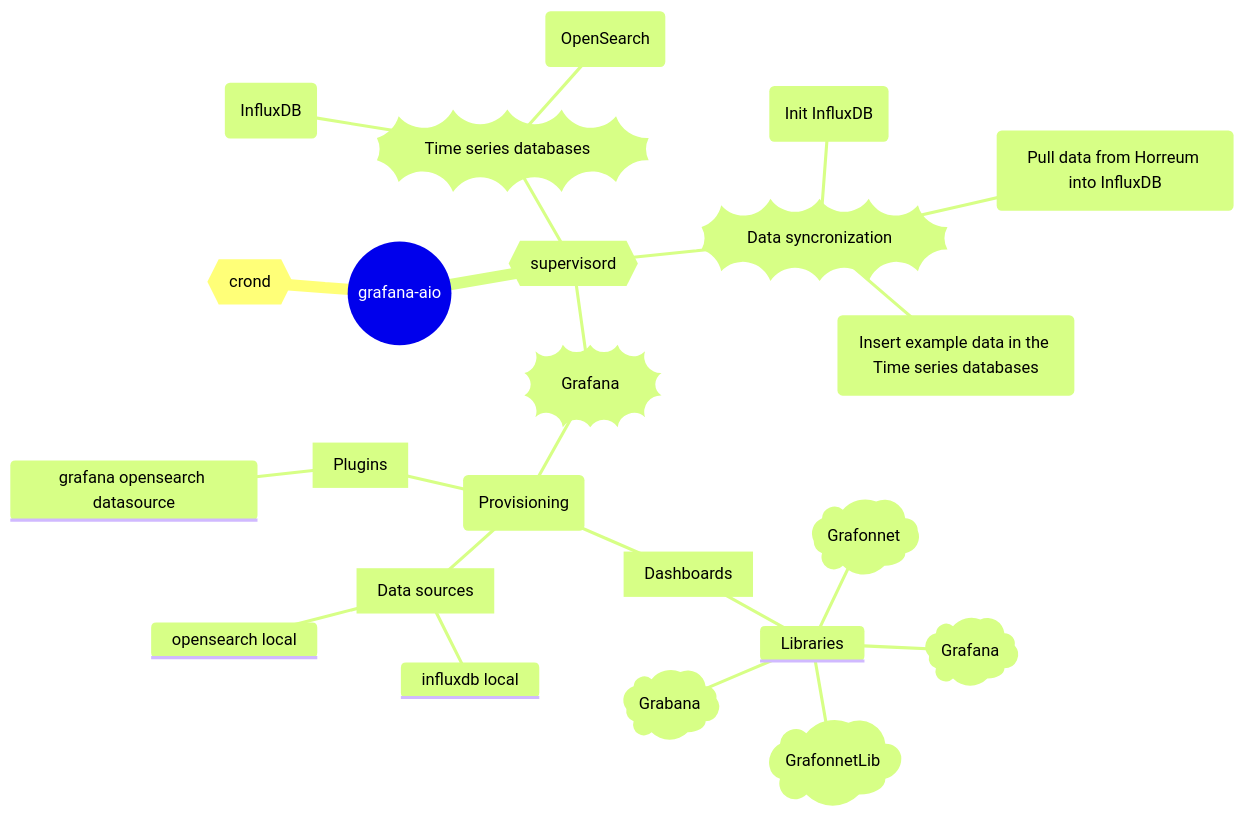
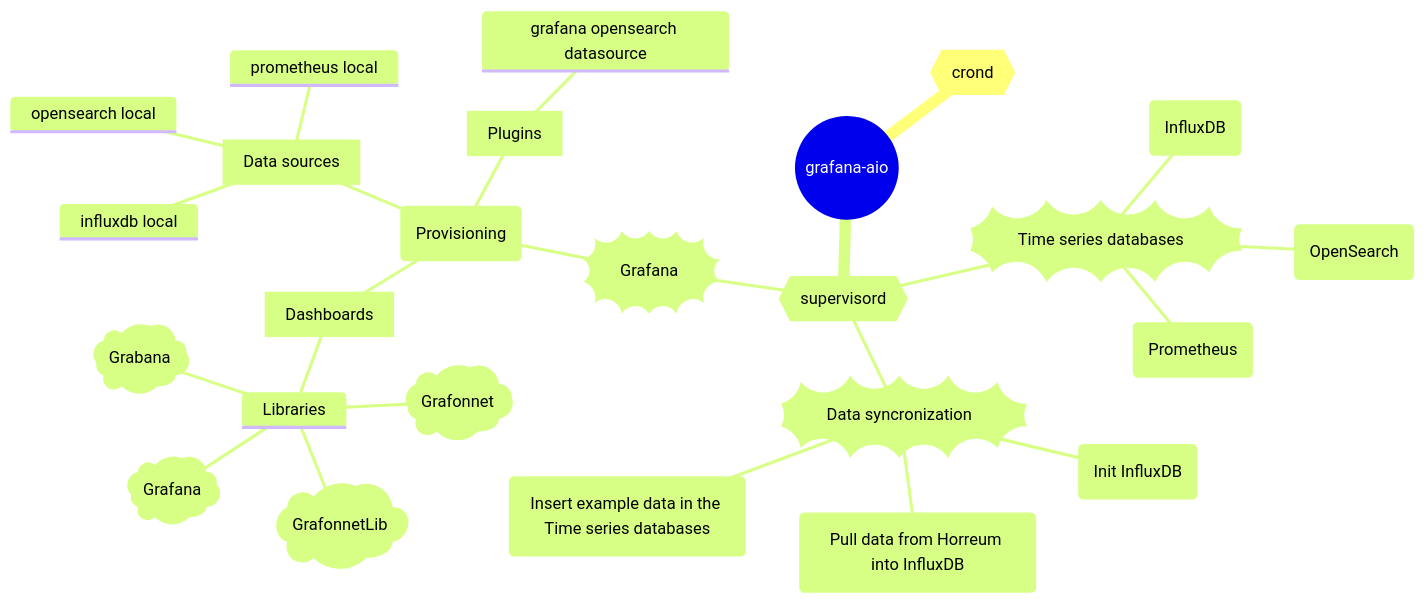
The first of 2 diagrams in README.md (ccamacho/grafana-aio), drawn with Mermaid before and after one commit. The commit also changed other lines of this file and 1 other file, not shown here.

````diff
--- a/README.md
+++ b/README.md
@@ -83,26 +115,28 @@
 ```mermaid
 mindmap
     root((grafana-aio))
         {{crond}}
         {{supervisord}}
             ))Time series databases((
                 (InfluxDB)
                 (OpenSearch)
+                (Prometheus)
             ))Data syncronization((
                 (Init InfluxDB)
                 (Pull data from Horreum into InfluxDB)
                 (Insert example data in the Time series databases)
             ))Grafana((
                 (Provisioning)
                     [Dashboards]
                         Libraries
                             )Grafonnet(
                             )GrafonnetLib(
                             )Grafana(
                             )Grabana(
                     [Data sources]
                         influxdb local
                         opensearch local
+                        prometheus local
                     [Plugins]
                         grafana opensearch datasource
 ```
````
